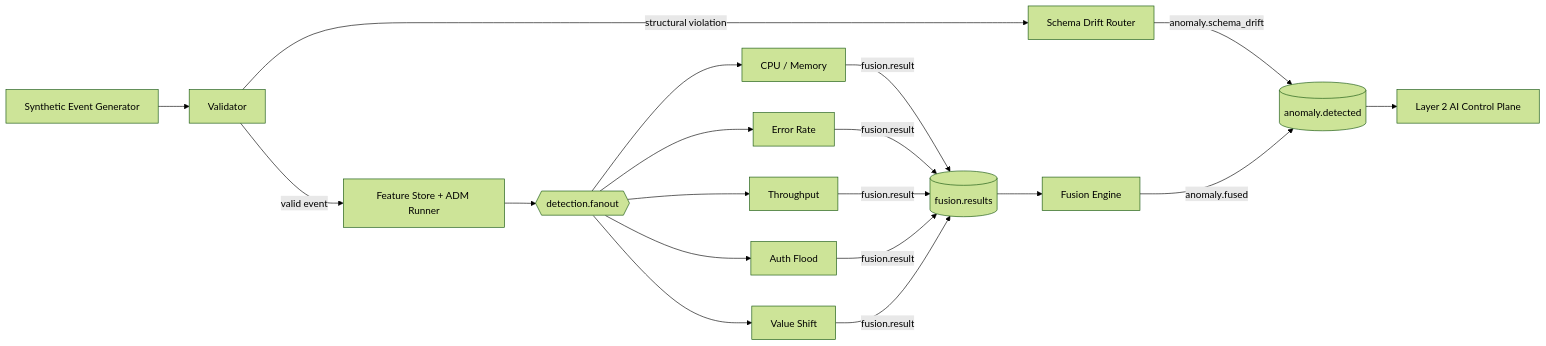
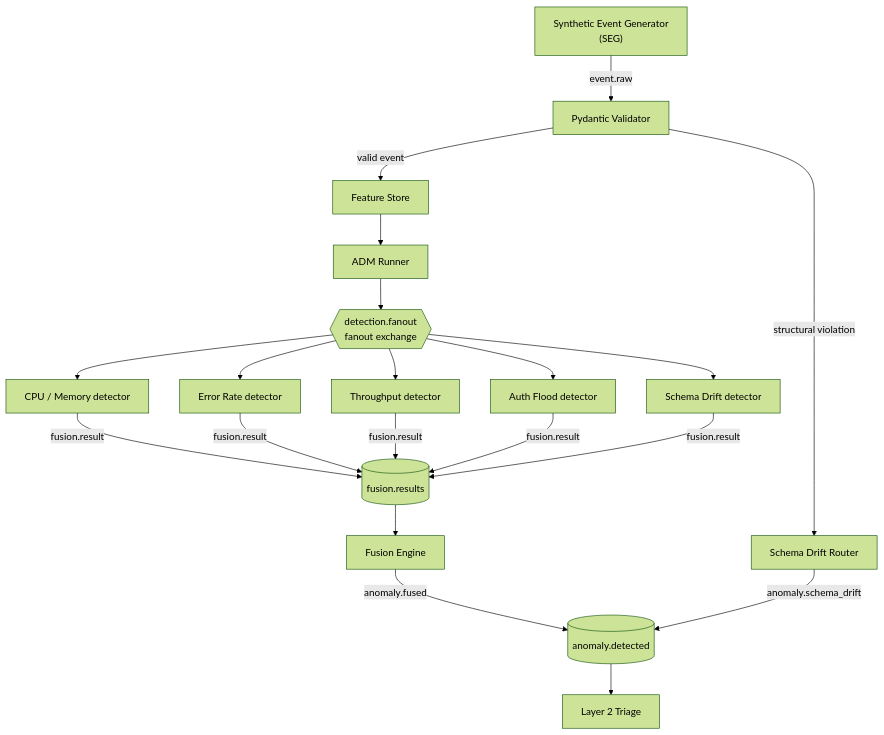
The first of 2 diagrams in layer1/README.md (Spectre206/fyp-pipeline), drawn with Mermaid (forest theme) before and after one commit. The commit also changed other lines of this file and 19 other files, not shown here.

````diff
--- a/layer1/README.md
+++ b/layer1/README.md
@@ -10,17 +64,35 @@
 ```mermaid
-flowchart LR
-    SEG[Synthetic Event Generator] --> V[Validator]
-    V -->|structural violation| R[Schema Drift Router]
-    R -->|anomaly.schema_drift| AD[(anomaly.detected)]
-    V -->|valid event| ADM[Feature Store + ADM Runner]
-    ADM --> F{{detection.fanout}}
-    F --> CPU[CPU / Memory]
-    F --> ERR[Error Rate]
-    F --> THR[Throughput]
-    F --> AUTH[Auth Flood]
-    F --> SCH[Value Shift]
-    CPU & ERR & THR & AUTH & SCH -->|fusion.result| FR[(fusion.results)]
-    FR --> FE[Fusion Engine]
-    FE -->|anomaly.fused| AD
-    AD --> L2[Layer 2 AI Control Plane]
+flowchart TB
+    SEG["Synthetic Event Generator<br/>(SEG)"]
+    VAL["Pydantic Validator"]
+    ROUTER["Schema Drift Router"]
+    FS["Feature Store"]
+    ADM["ADM Runner"]
+    FANOUT{{detection.fanout<br/>fanout exchange}}
+    CPU["CPU / Memory detector"]
+    ERR["Error Rate detector"]
+    THR["Throughput detector"]
+    AUTH["Auth Flood detector"]
+    SCH["Schema Drift detector"]
+    FQ[("fusion.results")]
+    FUS["Fusion Engine"]
+    OUT[("anomaly.detected")]
+    L2["Layer 2 Triage"]
+
+    SEG -->|"event.raw"| VAL
+    VAL -->|"valid event"| FS --> ADM --> FANOUT
+    FANOUT --> CPU
+    FANOUT --> ERR
+    FANOUT --> THR
+    FANOUT --> AUTH
+    FANOUT --> SCH
+    CPU -->|"fusion.result"| FQ
+    ERR -->|"fusion.result"| FQ
+    THR -->|"fusion.result"| FQ
+    AUTH -->|"fusion.result"| FQ
+    SCH -->|"fusion.result"| FQ
+    FQ --> FUS -->|"anomaly.fused"| OUT --> L2
+
+    VAL -->|"structural violation"| ROUTER
+    ROUTER -->|"anomaly.schema_drift"| OUT
 ```
````
